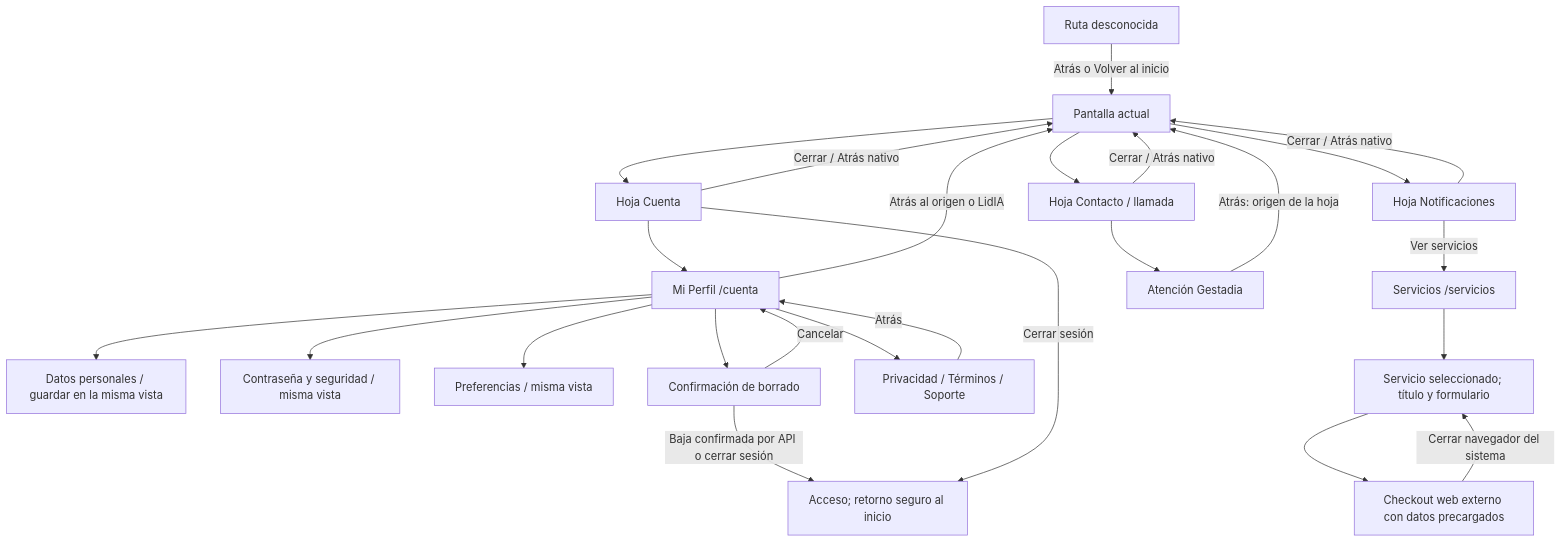
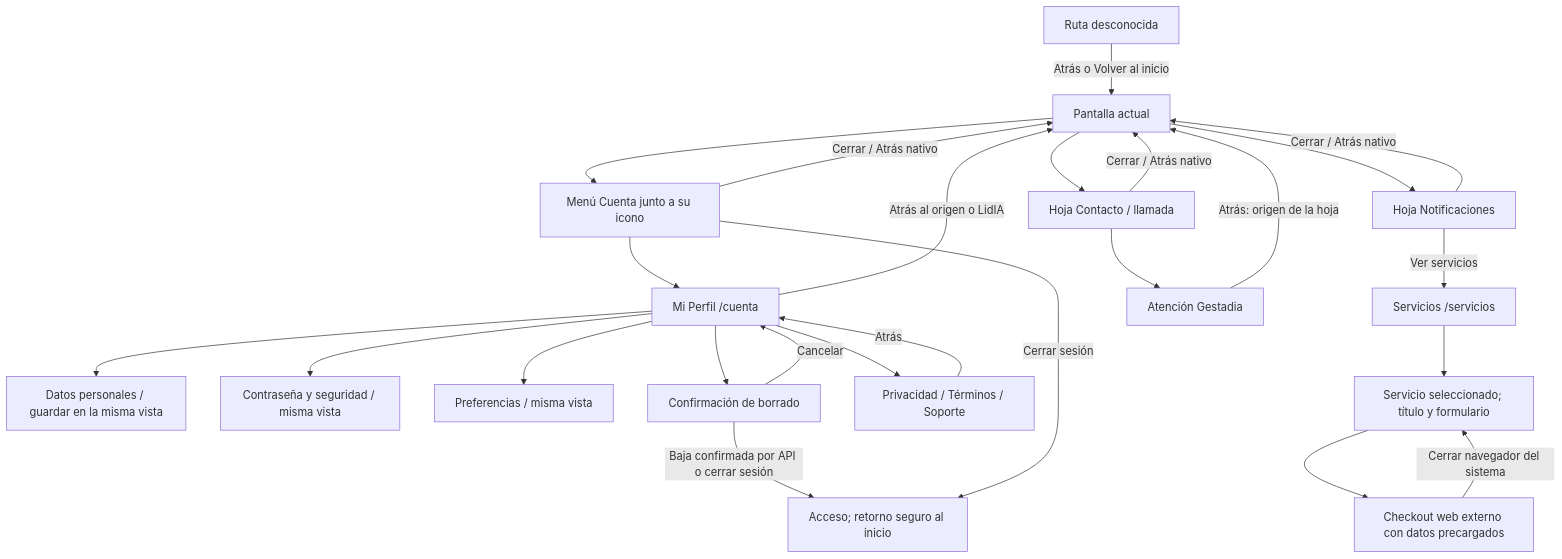
The fourth of 5 diagrams in docs/app/NAVEGACION.md (enmarkados/Gestadia_Portal), drawn with Mermaid before and after one commit. The commit also changed other lines of this file and 24 other files, not shown here.

````diff
--- a/docs/app/NAVEGACION.md
+++ b/docs/app/NAVEGACION.md
@@ -170,27 +170,27 @@
 ```mermaid
 flowchart TD
-  BASE["Pantalla actual"] --> AM["Hoja Cuenta"]
+  BASE["Pantalla actual"] --> AM["Menú Cuenta junto a su icono"]
   BASE --> N["Hoja Notificaciones"]
   BASE --> Q["Hoja Contacto / llamada"]
   AM -->|Cerrar / Atrás nativo| BASE
   N -->|Cerrar / Atrás nativo| BASE
   Q -->|Cerrar / Atrás nativo| BASE
   AM --> CUENTA["Mi Perfil /cuenta"]
   CUENTA -->|Atrás al origen o LidIA| BASE
   CUENTA --> DATOS["Datos personales / guardar en la misma vista"]
   CUENTA --> SEG["Contraseña y seguridad / misma vista"]
   CUENTA --> PREF["Preferencias / misma vista"]
   CUENTA --> BOR["Confirmación de borrado"]
   BOR -->|Cancelar| CUENTA
   BOR -->|Baja confirmada por API o cerrar sesión| A["Acceso; retorno seguro al inicio"]
   CUENTA --> LEGAL["Privacidad / Términos / Soporte"]
   LEGAL -->|Atrás| CUENTA
   N -->|Ver servicios| S["Servicios /servicios"]
   Q --> AT["Atención Gestadia"]
   AT -->|Atrás: origen de la hoja| BASE
   S --> SEL["Servicio seleccionado; título y formulario"]
   SEL --> WEB["Checkout web externo con datos precargados"]
   WEB -->|Cerrar navegador del sistema| SEL
   AM -->|Cerrar sesión| A
   U["Ruta desconocida"] -->|Atrás o Volver al inicio| BASE
 ```
````
